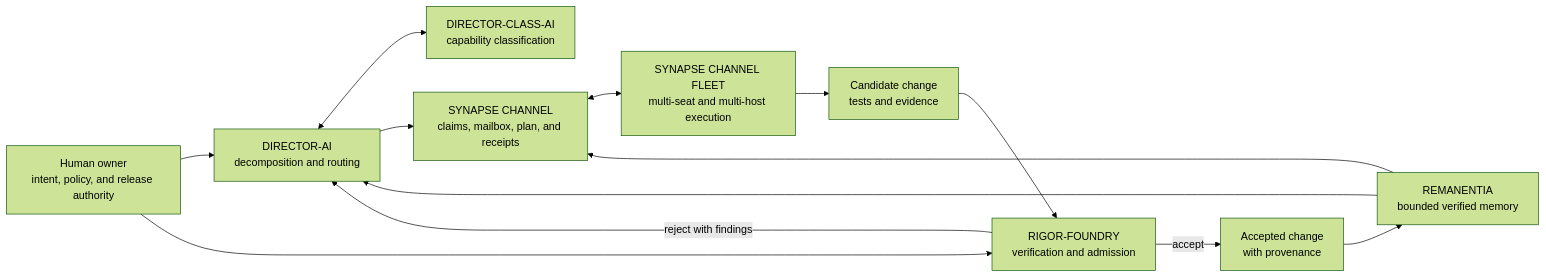
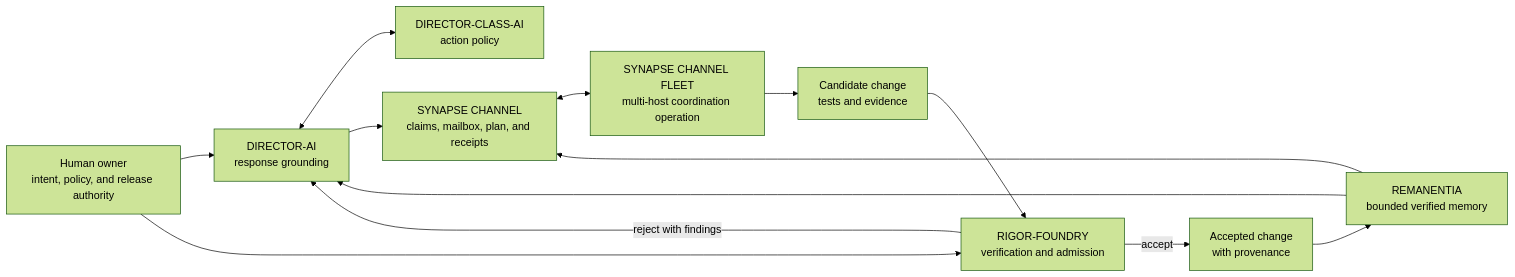
Before and after one commit to anulum/synapse-channel: the diagram in ROADMAP.md, drawn with Mermaid (forest theme). The commit also changed other lines of this file and 194 other files, not shown here.

````diff
--- a/ROADMAP.md
+++ b/ROADMAP.md
@@ -37,25 +37,25 @@
 ```mermaid
 flowchart LR
     O["Human owner<br/>intent, policy, and release authority"]
-    D["DIRECTOR-AI<br/>decomposition and routing"]
-    C["DIRECTOR-CLASS-AI<br/>capability classification"]
+    D["DIRECTOR-AI<br/>response grounding"]
+    C["DIRECTOR-CLASS-AI<br/>action policy"]
     S["SYNAPSE CHANNEL<br/>claims, mailbox, plan, and receipts"]
-    F["SYNAPSE CHANNEL FLEET<br/>multi-seat and multi-host execution"]
+    F["SYNAPSE CHANNEL FLEET<br/>multi-host coordination operation"]
     W["Candidate change<br/>tests and evidence"]
     R["RIGOR-FOUNDRY<br/>verification and admission"]
     L["Accepted change<br/>with provenance"]
     M["REMANENTIA<br/>bounded verified memory"]
 
     O --> D
     O --> R
     D <--> C
     D --> S
     S <--> F
     F --> W
     W --> R
     R -->|accept| L
     R -->|reject with findings| D
     L --> M
     M --> D
     M --> S
 ```
````
